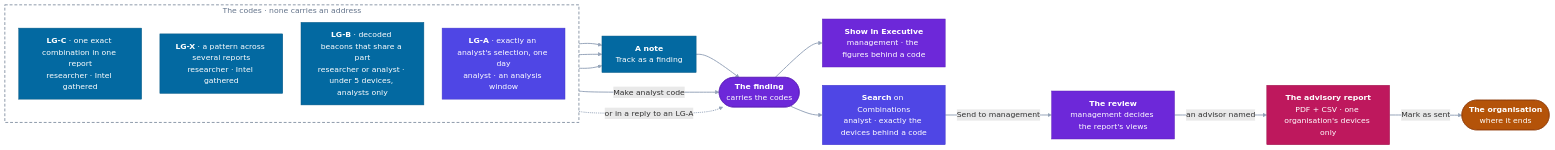
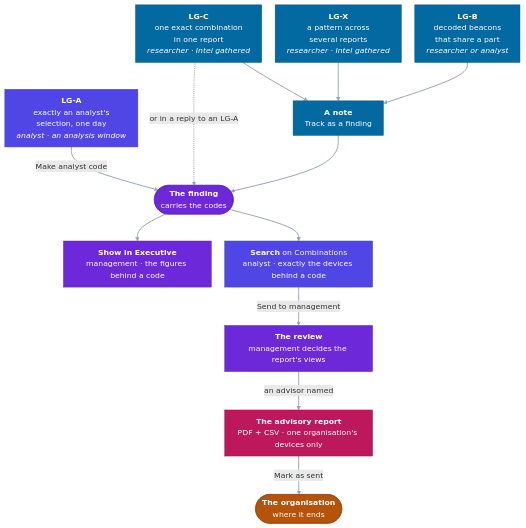
One commit to anonghosty/looking-glass changed the second of 7 diagrams in docs/USE_CASES.md. Above: the diagram before and after it, drawn with Mermaid. The commit also changed other lines of this file, not shown here.

Commit message:
Docs: the codes and the life of a finding fit GitHub's page
Both diagrams now run top to bottom, with labels that wrap less, so GitHub draws them at a readable size.

````diff
--- a/docs/USE_CASES.md
+++ b/docs/USE_CASES.md
@@ -100,37 +100,33 @@
 ```mermaid
-%%{init: {"flowchart": {"curve": "basis", "nodeSpacing": 38, "rankSpacing": 48, "padding": 14}}}%%
-flowchart LR
-    subgraph MADE["The codes · none carries an address"]
-        direction TB
-        CC["<b>LG-C</b> · one exact combination in one report<br/>researcher · Intel gathered"]:::research
-        CX["<b>LG-X</b> · a pattern across several reports<br/>researcher · Intel gathered"]:::research
-        CB["<b>LG-B</b> · decoded beacons that share a part<br/>researcher or analyst · under 5 devices, analysts only"]:::research
-        CA["<b>LG-A</b> · exactly an analyst's selection, one day<br/>analyst · an analysis window"]:::analyst
-    end
+%%{init: {"flowchart": {"curve": "basis", "nodeSpacing": 28, "rankSpacing": 56, "padding": 12, "wrappingWidth": 260}}}%%
+flowchart TD
+    CC["<b>LG-C</b><br/>one exact combination<br/>in one report<br/><i>researcher · Intel gathered</i>"]:::research
+    CX["<b>LG-X</b><br/>a pattern across<br/>several reports<br/><i>researcher · Intel gathered</i>"]:::research
+    CB["<b>LG-B</b><br/>decoded beacons<br/>that share a part<br/><i>researcher or analyst</i>"]:::research
+    CA["<b>LG-A</b><br/>exactly an analyst's<br/>selection, one day<br/><i>analyst · an analysis window</i>"]:::analyst
     N["<b>A note</b><br/>Track as a finding"]:::research
     F(["<b>The finding</b><br/>carries the codes"]):::mgmt
     E["<b>Show in Executive</b><br/>management · the figures behind a code"]:::mgmt
     S["<b>Search</b> on Combinations<br/>analyst · exactly the devices behind a code"]:::analyst
     R["<b>The review</b><br/>management decides the report's views"]:::mgmt
     P["<b>The advisory report</b><br/>PDF + CSV · one organisation's devices only"]:::advisor
     O(["<b>The organisation</b><br/>where it ends"]):::ext
     CC --> N
     CX --> N
     CB --> N
     CA -- "Make analyst code" --> F
     CC -. "or in a reply to an LG-A" .-> F
     N --> F
     F --> E
     F --> S
     S -- "Send to management" --> R
     R -- "an advisor named" --> P
     P -- "Mark as sent" --> O
     classDef research fill:#0369a1,stroke:#075985,color:#fff
     classDef analyst fill:#4f46e5,stroke:#4338ca,color:#fff
     classDef mgmt fill:#6d28d9,stroke:#5b21b6,color:#fff
     classDef advisor fill:#be185d,stroke:#9d174d,color:#fff
     classDef closed fill:#475569,stroke:#334155,color:#fff
     classDef ext fill:#b45309,stroke:#92400e,color:#fff
     linkStyle default stroke:#94a3b8,stroke-width:2px
-    style MADE fill:transparent,stroke:#64748b,stroke-width:1.5px,stroke-dasharray:6 4,color:#64748b
 ```
````
